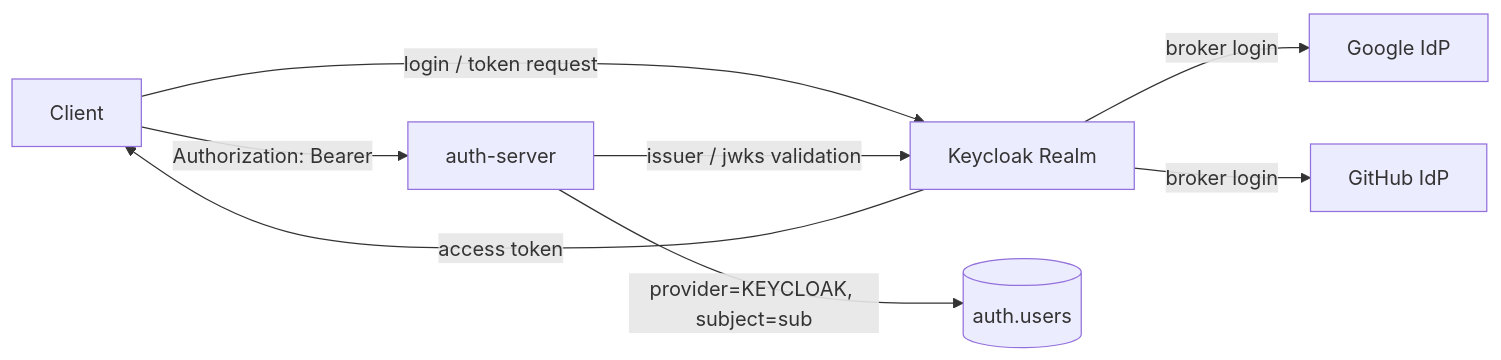
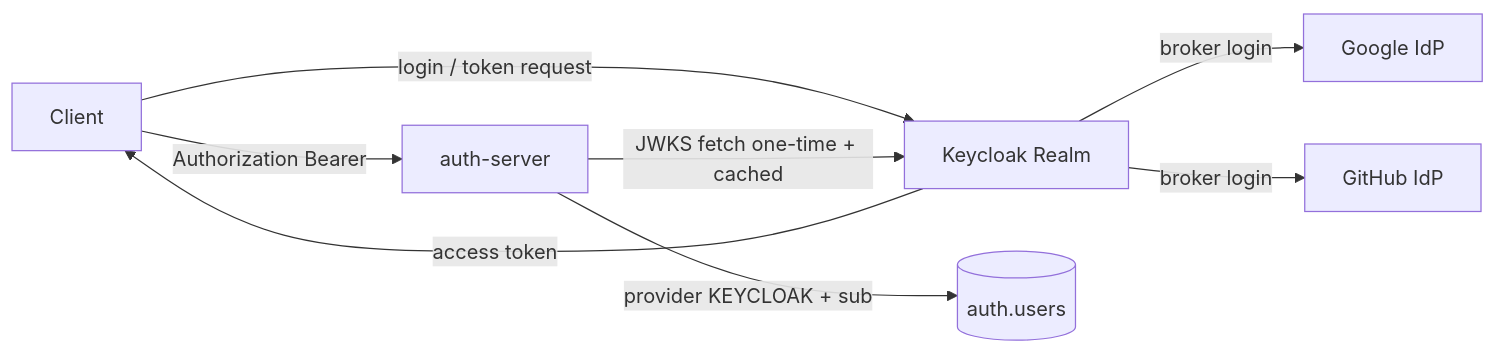
Before and after one commit to DongHyeonka/Project-Auth-Server: the diagram in docs/topics/03-keycloak/01-architecture.md, drawn with Mermaid. The commit also changed other lines of this file and 64 other files, not shown here.

````diff
--- a/docs/topics/03-keycloak/01-architecture.md
+++ b/docs/topics/03-keycloak/01-architecture.md
@@ -10,10 +9,10 @@
 ```mermaid
 flowchart LR
   Client[Client] -->|login / token request| Keycloak[Keycloak Realm]
   Keycloak -->|broker login| Google[Google IdP]
   Keycloak -->|broker login| GitHub[GitHub IdP]
   Keycloak -->|access token| Client
-  Client -->|Authorization: Bearer| AuthServer[auth-server]
-  AuthServer -->|issuer / jwks validation| Keycloak
-  AuthServer -->|provider=KEYCLOAK, subject=sub| DB[(auth.users)]
+  Client -->|Authorization Bearer| AuthServer[auth-server]
+  AuthServer -->|JWKS fetch one-time + cached| Keycloak
+  AuthServer -->|provider KEYCLOAK + sub| DB[(auth.users)]
 ```
````
